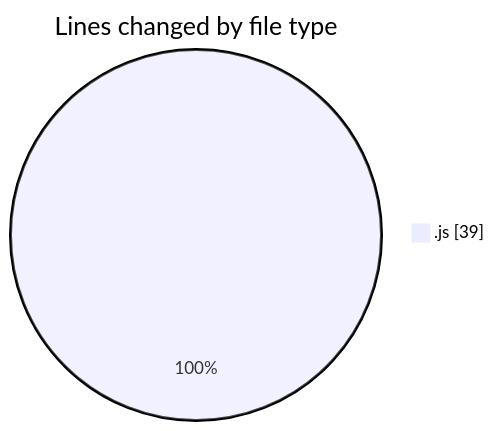
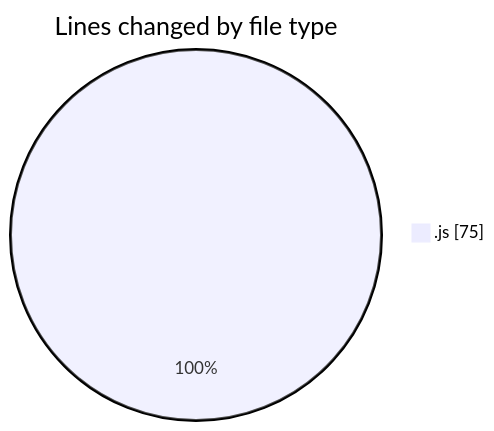
Before and after one commit to momahboobian/code-tracking: the first of 2 diagrams in 2025-05-23/cda/README.md, drawn with Mermaid. The commit also changed other lines of this file and 1 other file, not shown here.

````diff
--- a/2025-05-23/cda/README.md
+++ b/2025-05-23/cda/README.md
@@ -20,5 +21,5 @@
 ```mermaid
 pie showData
 title Lines changed by file type
-".js" : 39
+".js" : 75
 ```
````
